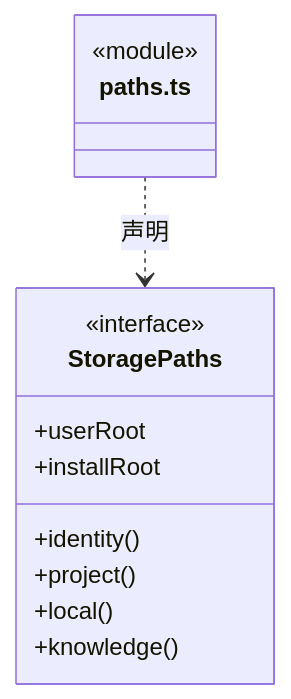
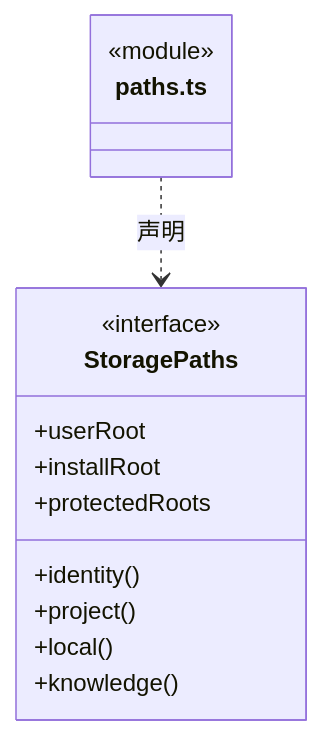
One commit to nan023062/cbim changed the sixth of 8 diagrams in src/backend/core/foundation/ARCHITECTURE.md. Above: the diagram before and after it, drawn with Mermaid. The commit also changed other lines of this file and 104 other files, not shown here.

````diff
--- a/src/backend/core/foundation/ARCHITECTURE.md
+++ b/src/backend/core/foundation/ARCHITECTURE.md
@@ -86,16 +86,17 @@
 ```mermaid
 classDiagram
 class N_src_backend_core_foundation_paths_ts["paths.ts"] {
   <<module>>
 }
 class N_src_backend_core_foundation_paths_ts_StoragePaths["StoragePaths"] {
   <<interface>>
   +userRoot
   +installRoot
+  +protectedRoots
   +identity()
   +project()
   +local()
   +knowledge()
 }
 N_src_backend_core_foundation_paths_ts ..> N_src_backend_core_foundation_paths_ts_StoragePaths : 声明
 ```
````
